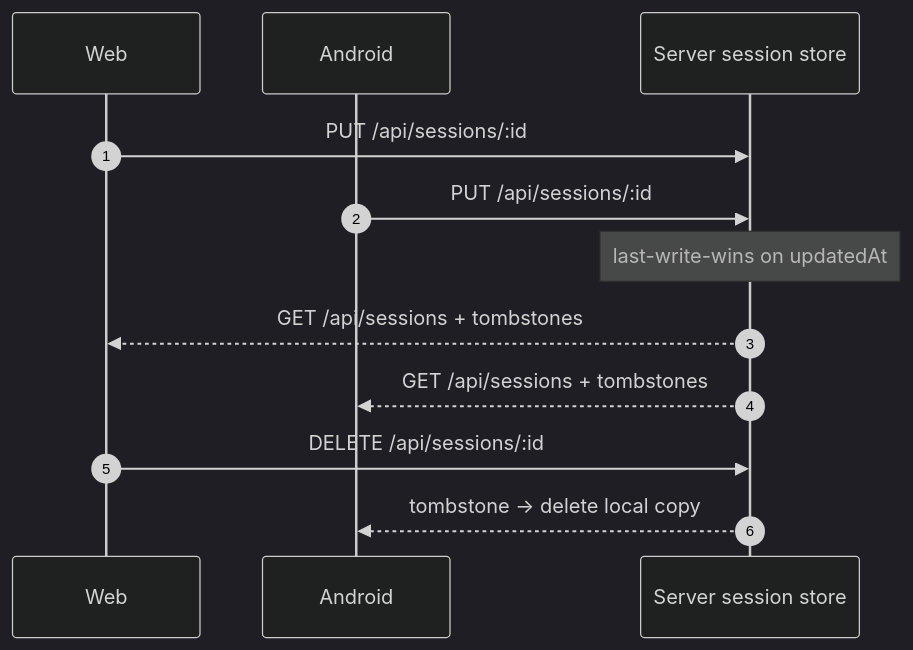
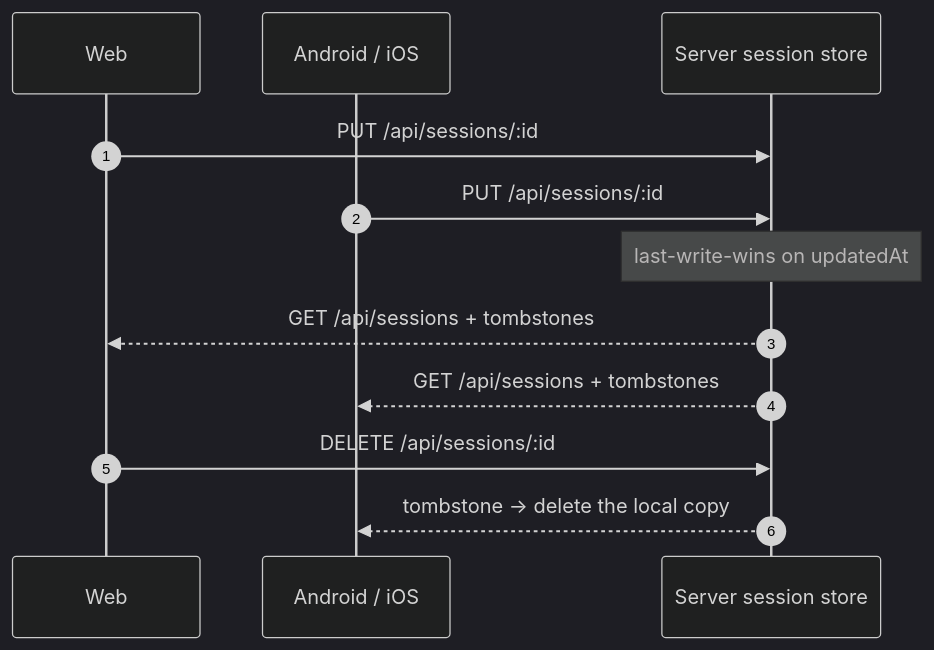
The fourth of 4 diagrams in README.en.md (TTStick/deepseek-api-ui), drawn with Mermaid (dark theme) before and after one commit. The commit also changed other lines of this file and 4 other files, not shown here.

````diff
--- a/README.en.md
+++ b/README.en.md
@@ -181,15 +263,15 @@
 ```mermaid
 sequenceDiagram
   autonumber
   participant W as Web
-  participant A as Android
+  participant A as Android / iOS
   participant S as Server session store
 
   W->>S: PUT /api/sessions/:id
   A->>S: PUT /api/sessions/:id
   Note over S: last-write-wins on updatedAt
   S-->>W: GET /api/sessions + tombstones
   S-->>A: GET /api/sessions + tombstones
   W->>S: DELETE /api/sessions/:id
-  S-->>A: tombstone → delete local copy
+  S-->>A: tombstone → delete the local copy
 ```
````
